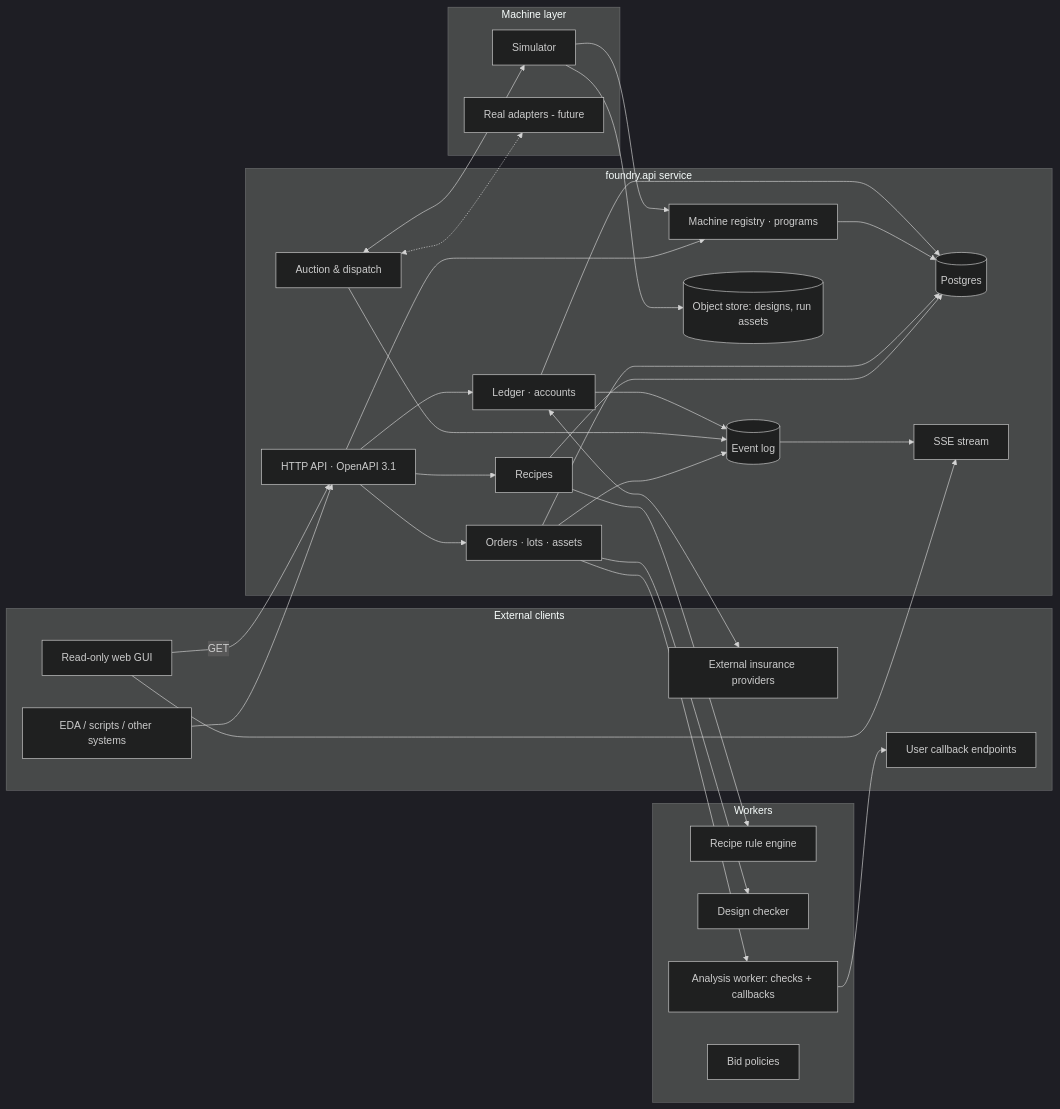
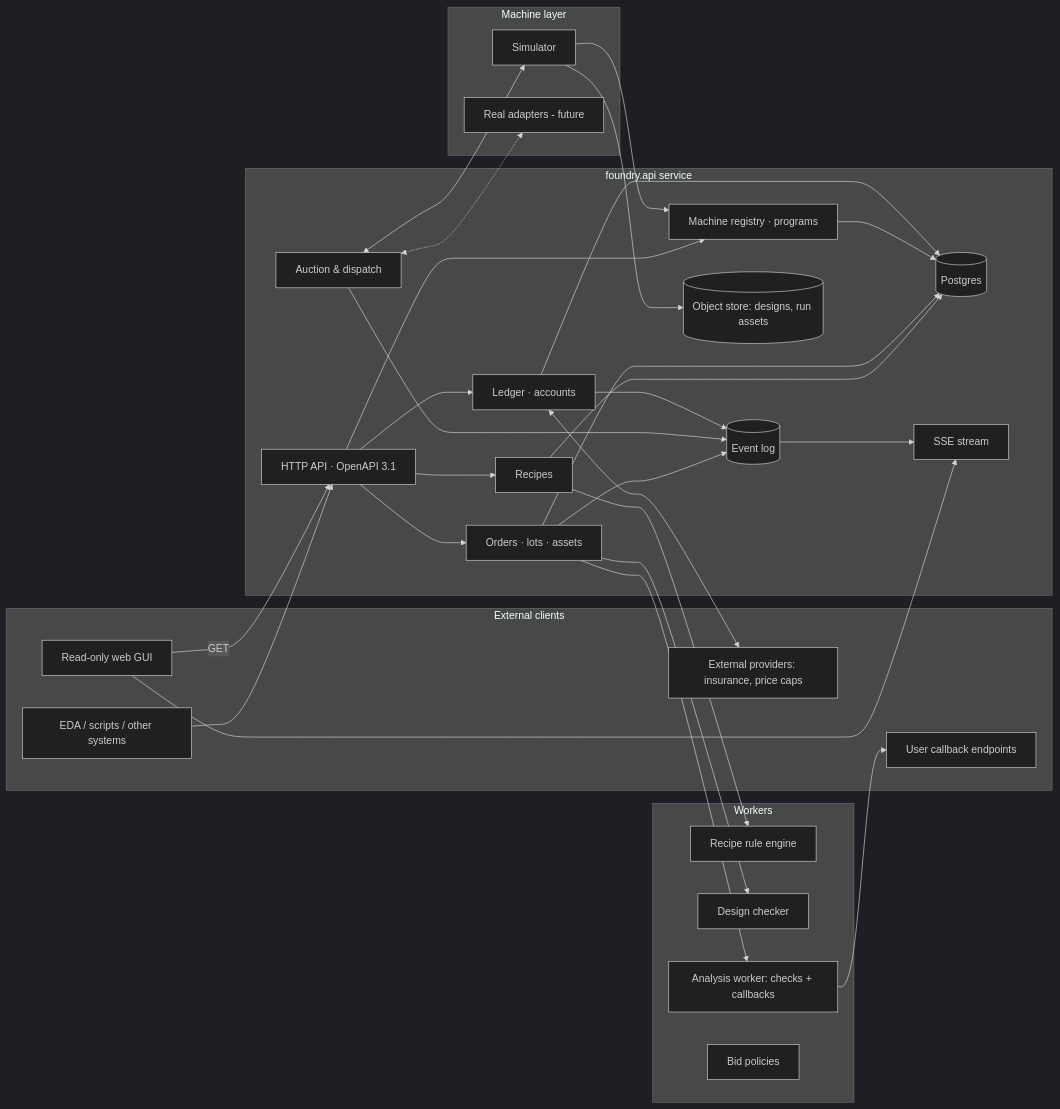
The second of 2 diagrams in DESIGN.md (mithro/foundry.api), drawn with Mermaid (dark theme) before and after one commit. The commit also changed other lines of this file, not shown here.

First line of the commit message:
Resolve open questions, reorder milestones, update ER diagram; add changelog

````diff
--- a/DESIGN.md
+++ b/DESIGN.md
@@ -349,45 +359,45 @@
 ```mermaid
 flowchart LR
     subgraph clients [External clients]
         EDA[EDA / scripts / other systems]
         GUI[Read-only web GUI]
         CB[User callback endpoints]
-        INS[External insurance providers]
+        INS[External providers: insurance, price caps]
     end
     subgraph core [foundry.api service]
         API[HTTP API · OpenAPI 3.1]
         RS[Recipes]
         OS[Orders · lots · assets]
         REG[Machine registry · programs]
         AUC[Auction & dispatch]
         LED[Ledger · accounts]
         EVT[(Event log)]
         DB[(Postgres)]
         OBJ[(Object store: designs, run assets)]
         SSE[SSE stream]
     end
     subgraph workers [Workers]
         RV[Recipe rule engine]
         DV[Design checker]
         AN[Analysis worker: checks + callbacks]
         BOT[Bid policies]
     end
     subgraph fab [Machine layer]
         SIM[Simulator]
         ADP[Real adapters - future]
     end
     EDA --> API
     GUI -->|GET| API
     GUI --> SSE
     API --> RS & OS & REG & LED
     RS --> RV
     OS --> DV
     OS --> AN --> CB
     LED <--> INS
     RS & OS & REG & LED --> DB
     OS & AUC & LED --> EVT --> SSE
     AUC <--> SIM
     AUC <-.-> ADP
     SIM --> REG
     SIM --> OBJ
 ```
````
